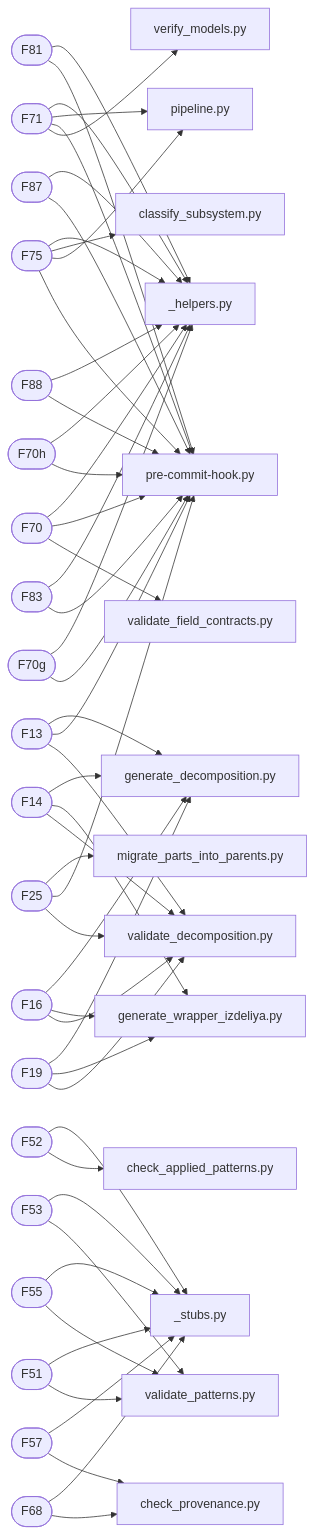
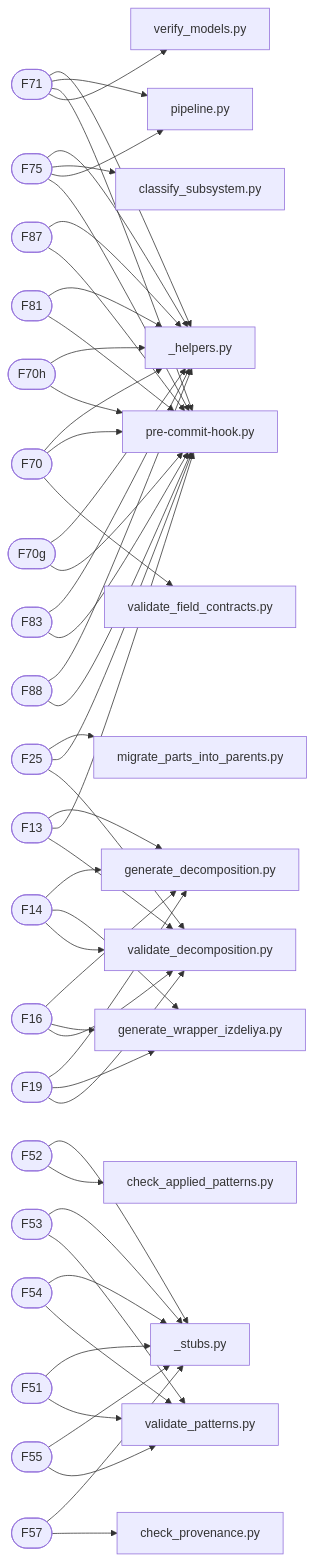
One commit to a-m-e-n-t-e-t/SkyNet changed the diagram in graphs/mermaid/graph3_traceability.md. Above: the diagram before and after it, drawn with Mermaid. The commit also changed 2 other files, not shown here.

Commit message:
chore(graphs): регенерация после рефакторинга скриптов (fingerprint изменился)

````diff
--- a/graphs/mermaid/graph3_traceability.md
+++ b/graphs/mermaid/graph3_traceability.md
@@ -34,6 +34,13 @@
     F14 --> script_generate_wrapper_izdeliya_py
     script_validate_decomposition_py[validate_decomposition.py]
     F14 --> script_validate_decomposition_py
+    F13([F13])
+    script_generate_decomposition_py[generate_decomposition.py]
+    F13 --> script_generate_decomposition_py
+    script_pre-commit-hook_py[pre-commit-hook.py]
+    F13 --> script_pre-commit-hook_py
+    script_validate_decomposition_py[validate_decomposition.py]
+    F13 --> script_validate_decomposition_py
     F16([F16])
     script_generate_decomposition_py[generate_decomposition.py]
     F16 --> script_generate_decomposition_py
@@ -48,13 +55,6 @@
     F19 --> script_generate_wrapper_izdeliya_py
     script_validate_decomposition_py[validate_decomposition.py]
     F19 --> script_validate_decomposition_py
-    F13([F13])
-    script_generate_decomposition_py[generate_decomposition.py]
-    F13 --> script_generate_decomposition_py
-    script_pre-commit-hook_py[pre-commit-hook.py]
-    F13 --> script_pre-commit-hook_py
-    script_validate_decomposition_py[validate_decomposition.py]
-    F13 --> script_validate_decomposition_py
     F25([F25])
     script_migrate_parts_into_parents_py[migrate_parts_into_parents.py]
     F25 --> script_migrate_parts_into_parents_py
@@ -62,36 +62,36 @@
     F25 --> script_pre-commit-hook_py
     script_validate_decomposition_py[validate_decomposition.py]
     F25 --> script_validate_decomposition_py
+    F87([F87])
+    script__helpers_py[_helpers.py]
+    F87 --> script__helpers_py
+    script_pre-commit-hook_py[pre-commit-hook.py]
+    F87 --> script_pre-commit-hook_py
     F81([F81])
     script__helpers_py[_helpers.py]
     F81 --> script__helpers_py
     script_pre-commit-hook_py[pre-commit-hook.py]
     F81 --> script_pre-commit-hook_py
-    F87([F87])
+    F70h([F70h])
     script__helpers_py[_helpers.py]
-    F87 --> script__helpers_py
+    F70h --> script__helpers_py
     script_pre-commit-hook_py[pre-commit-hook.py]
-    F87 --> script_pre-commit-hook_py
+    F70h --> script_pre-commit-hook_py
+    F70g([F70g])
+    script__helpers_py[_helpers.py]
+    F70g --> script__helpers_py
+    script_pre-commit-hook_py[pre-commit-hook.py]
+    F70g --> script_pre-commit-hook_py
+    F83([F83])
+    script__helpers_py[_helpers.py]
+    F83 --> script__helpers_py
+    script_pre-commit-hook_py[pre-commit-hook.py]
+    F83 --> script_pre-commit-hook_py
     F88([F88])
     script__helpers_py[_helpers.py]
     F88 --> script__helpers_py
     script_pre-commit-hook_py[pre-commit-hook.py]
     F88 --> script_pre-commit-hook_py
-    F70h([F70h])
-    script__helpers_py[_helpers.py]
-    F70h --> script__helpers_py
-    script_pre-commit-hook_py[pre-commit-hook.py]
-    F70h --> script_pre-commit-hook_py
-    F83([F83])
-    script__helpers_py[_helpers.py]
-    F83 --> script__helpers_py
-    script_pre-commit-hook_py[pre-commit-hook.py]
-    F83 --> script_pre-commit-hook_py
-    F70g([F70g])
-    script__helpers_py[_helpers.py]
-    F70g --> script__helpers_py
-    script_pre-commit-hook_py[pre-commit-hook.py]
-    F70g --> script_pre-commit-hook_py
     F52([F52])
     script__stubs_py[_stubs.py]
     F52 --> script__stubs_py
@@ -102,24 +102,24 @@
     F53 --> script__stubs_py
     script_validate_patterns_py[validate_patterns.py]
     F53 --> script_validate_patterns_py
+    F54([F54])
+    script__stubs_py[_stubs.py]
+    F54 --> script__stubs_py
+    script_validate_patterns_py[validate_patterns.py]
+    F54 --> script_validate_patterns_py
+    F57([F57])
+    script__stubs_py[_stubs.py]
+    F57 --> script__stubs_py
+    script_check_provenance_py[check_provenance.py]
+    F57 --> script_check_provenance_py
+    F51([F51])
+    script__stubs_py[_stubs.py]
+    F51 --> script__stubs_py
+    script_validate_patterns_py[validate_patterns.py]
+    F51 --> script_validate_patterns_py
     F55([F55])
     script__stubs_py[_stubs.py]
     F55 --> script__stubs_py
     script_validate_patterns_py[validate_patterns.py]
     F55 --> script_validate_patterns_py
-    F51([F51])
-    script__stubs_py[_stubs.py]
-    F51 --> script__stubs_py
-    script_validate_patterns_py[validate_patterns.py]
-    F51 --> script_validate_patterns_py
-    F57([F57])
-    script__stubs_py[_stubs.py]
-    F57 --> script__stubs_py
-    script_check_provenance_py[check_provenance.py]
-    F57 --> script_check_provenance_py
-    F68([F68])
-    script__stubs_py[_stubs.py]
-    F68 --> script__stubs_py
-    script_check_provenance_py[check_provenance.py]
-    F68 --> script_check_provenance_py
 ```
````
